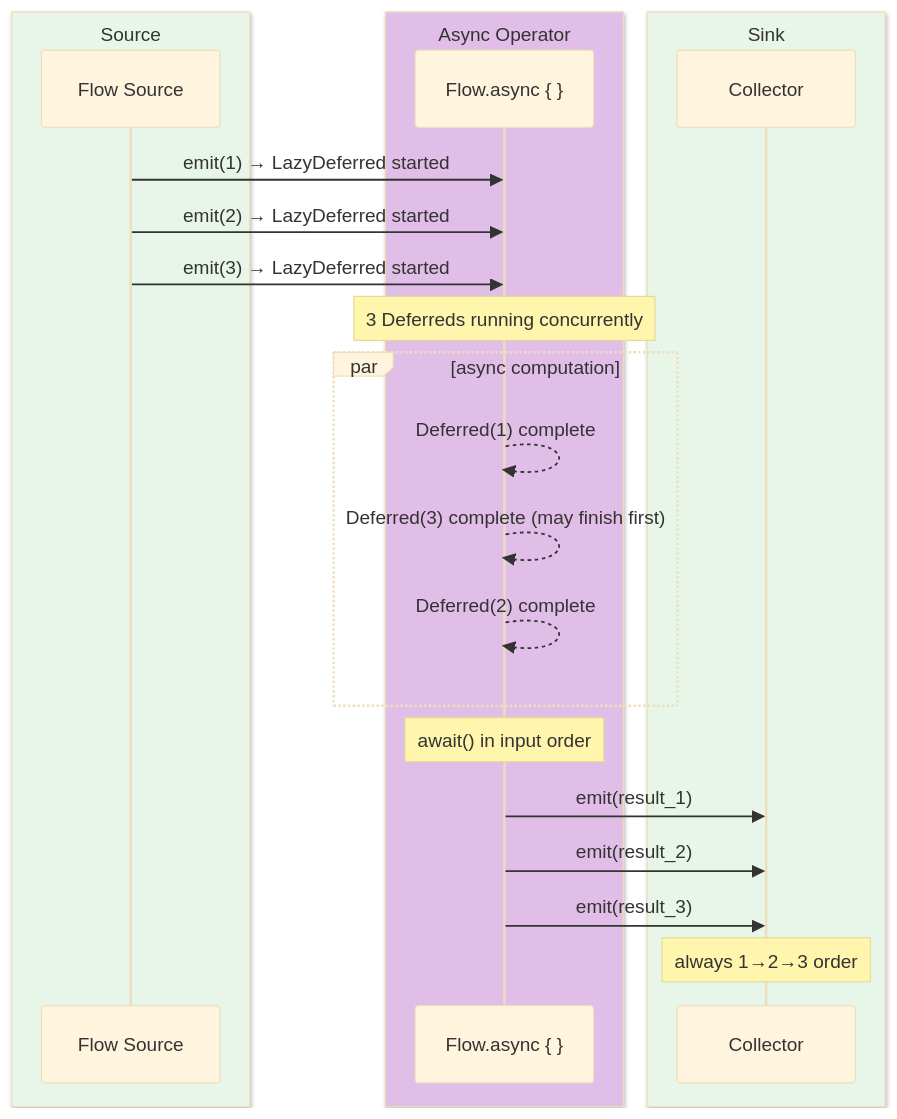
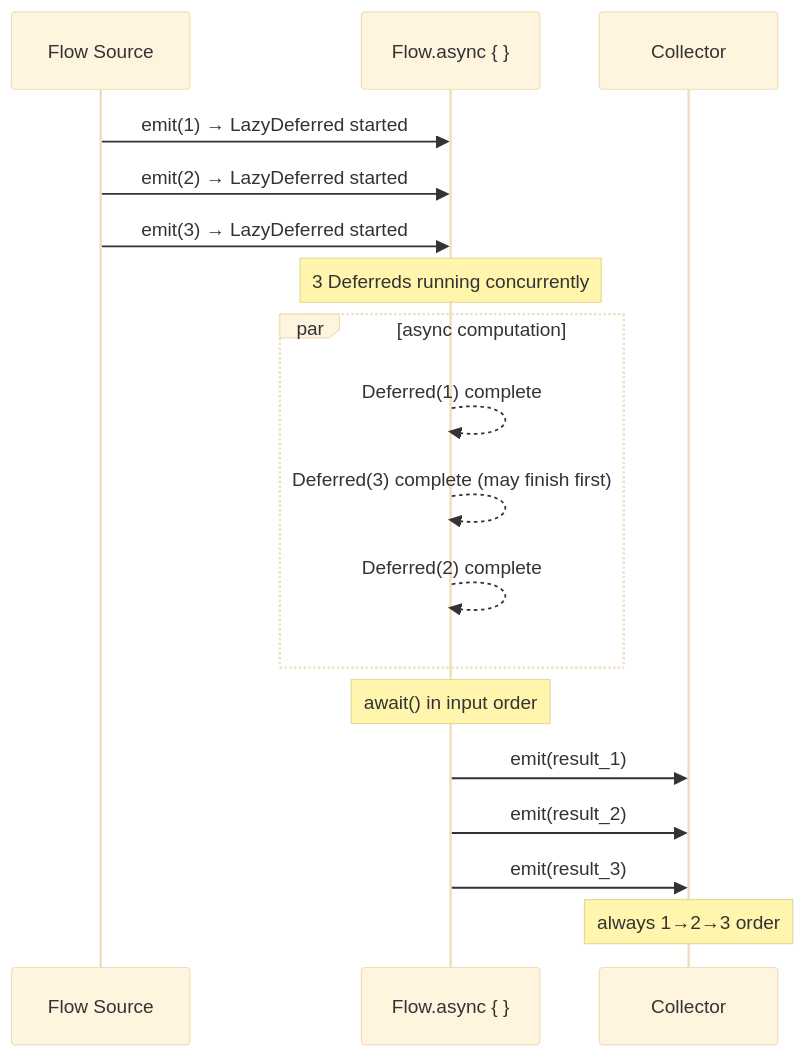
One commit to bluetape4k/bluetape4k-projects changed diagram 16 of 16 in bluetape4k/coroutines/README.md. Above: the diagram before and after it, drawn with Mermaid (base theme). The commit also changed other lines of this file and 219 other files, not shown here.

First line of the commit message:
docs: 전체 README Mermaid 다이어그램 가이드 적용

````diff
--- a/bluetape4k/coroutines/README.md
+++ b/bluetape4k/coroutines/README.md
@@ -724,26 +656,20 @@
 ```mermaid
 sequenceDiagram
-    box rgb(232, 245, 233) Source
         participant S as Flow Source
-    end
-    box rgb(225, 190, 231) Async Operator
         participant AF as Flow.async { }
-    end
-    box rgb(232, 245, 233) Sink
         participant R as Collector
-    end
     S ->> AF: emit(1) → LazyDeferred started
     S ->> AF: emit(2) → LazyDeferred started
     S ->> AF: emit(3) → LazyDeferred started
     Note over AF: 3 Deferreds running concurrently
     par async computation
         AF -->> AF: Deferred(1) complete
         AF -->> AF: Deferred(3) complete (may finish first)
         AF -->> AF: Deferred(2) complete
     end
     Note over AF: await() in input order
     AF ->> R: emit(result_1)
     AF ->> R: emit(result_2)
     AF ->> R: emit(result_3)
     Note over R: always 1→2→3 order
 ```
````
